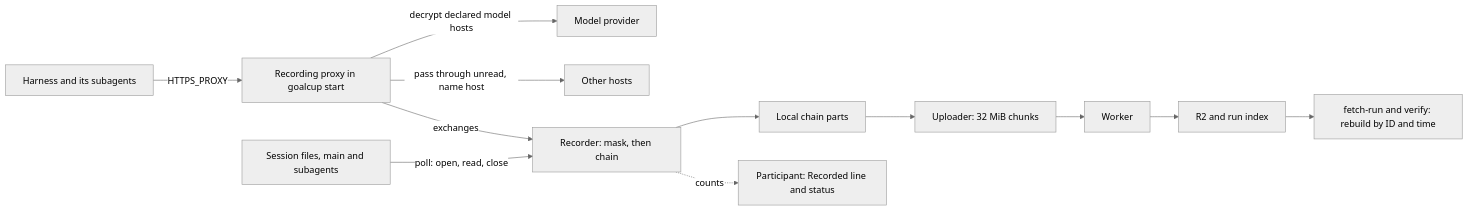
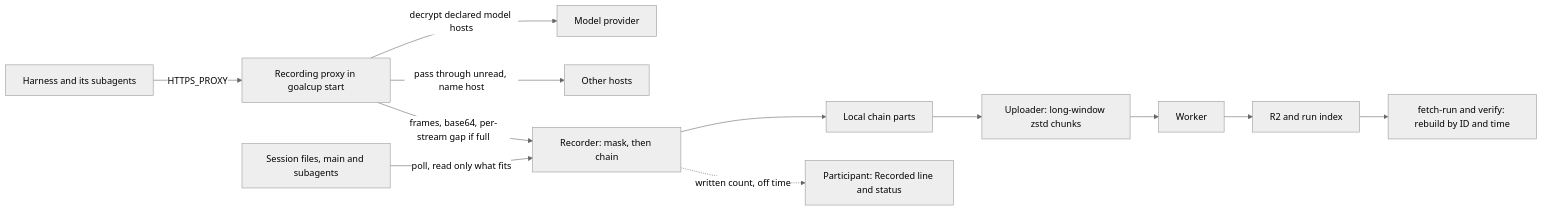
The diagram in docs/plans/2026-10-30-cut-first-plan.md (agentcommunity/goal-cup-proxy), drawn with Mermaid (neutral theme) before and after one commit. The commit also changed other lines of this file, not shown here.

````diff
--- a/docs/plans/2026-10-30-cut-first-plan.md
+++ b/docs/plans/2026-10-30-cut-first-plan.md
@@ -36,12 +192,12 @@
 ```mermaid
 flowchart LR
   H[Harness and its subagents] -- HTTPS_PROXY --> P[Recording proxy in goalcup start]
   P -- decrypt declared model hosts --> M[Model provider]
   P -- pass through unread, name host --> O[Other hosts]
-  P -- exchanges --> D[Recorder: mask, then chain]
-  S[Session files, main and subagents] -- poll: open, read, close --> D
+  P -- frames, base64, per-stream gap if full --> D[Recorder: mask, then chain]
+  S[Session files, main and subagents] -- poll, read only what fits --> D
   D --> C[Local chain parts]
-  C --> U[Uploader: 32 MiB chunks] --> W[Worker] --> R[R2 and run index]
+  C --> U[Uploader: long-window zstd chunks] --> W[Worker] --> R[R2 and run index]
   R --> F[fetch-run and verify: rebuild by ID and time]
-  D -. counts .-> T[Participant: Recorded line and status]
+  D -. written count, off time .-> T[Participant: Recorded line and status]
 ```
````
